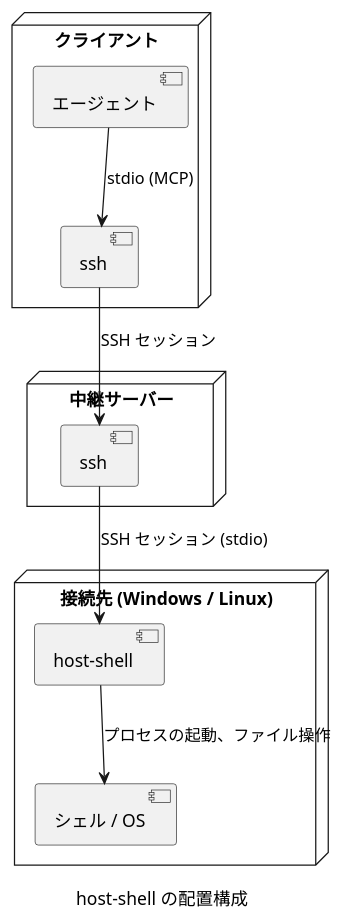
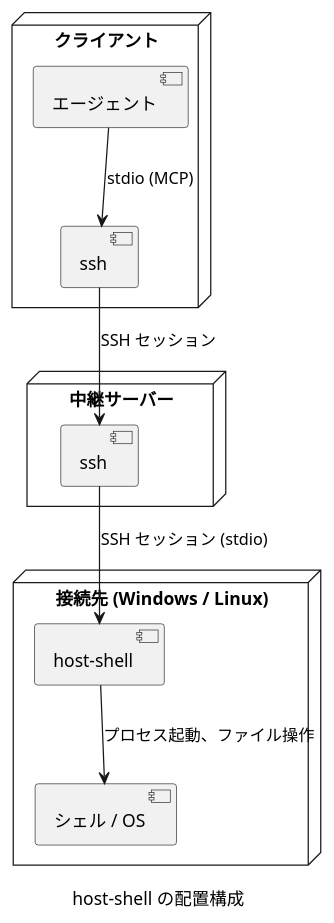
Before and after one commit to Hondarer/host-shell-mcp: the first of 2 diagrams in docs/user-guide.md, drawn with PlantUML. The commit also changed other lines of this file and 83 other files, not shown here.

````diff
--- a/docs/user-guide.md
+++ b/docs/user-guide.md
@@ -24,20 +23,20 @@
 ```plantuml
 @startuml host-shell の配置構成
     caption host-shell の配置構成
     node "クライアント" {
         component "エージェント" as agent
         component "ssh" as ssh0
     }
     node "中継サーバー" {
         component "ssh" as ssh1
     }
     node "接続先 (Windows / Linux)" {
         component "host-shell" as hs
         component "シェル / OS" as os
     }
     agent --> ssh0 : stdio (MCP)
     ssh0 --> ssh1 : SSH セッション
     ssh1 --> hs : SSH セッション (stdio)
-    hs --> os : プロセスの起動、ファイル操作
+    hs --> os : プロセス起動、ファイル操作
 @enduml
 ```
````
